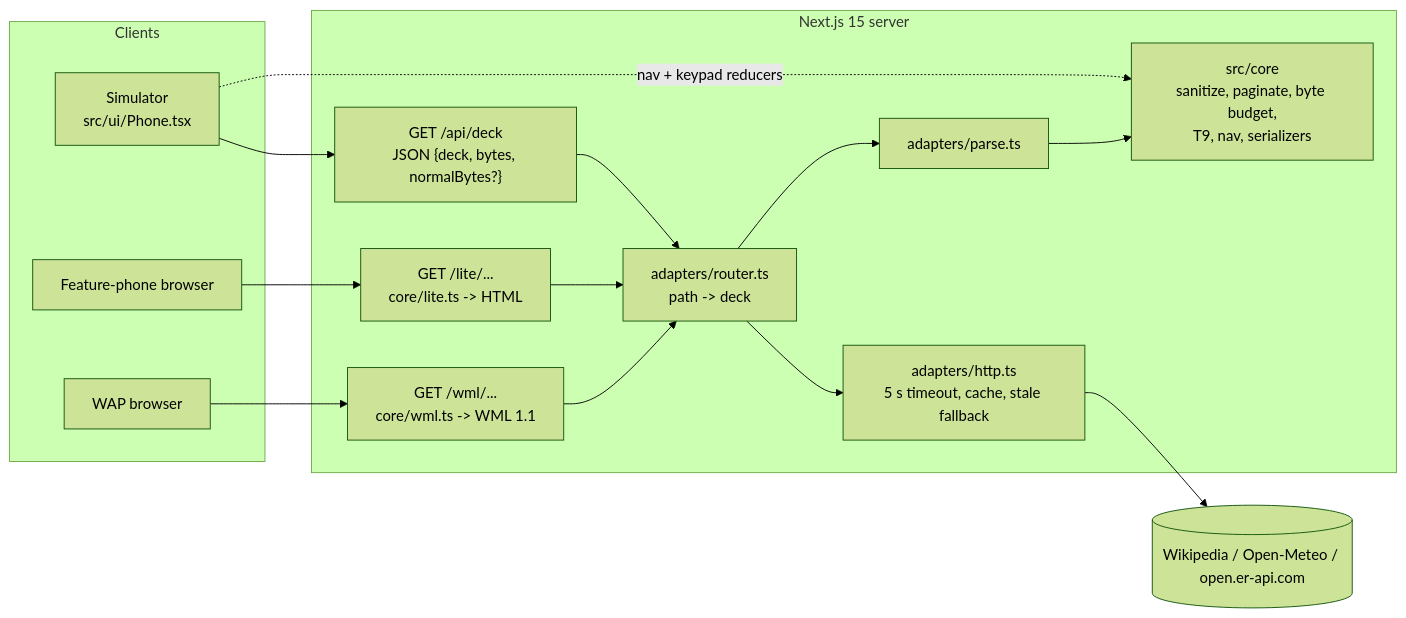
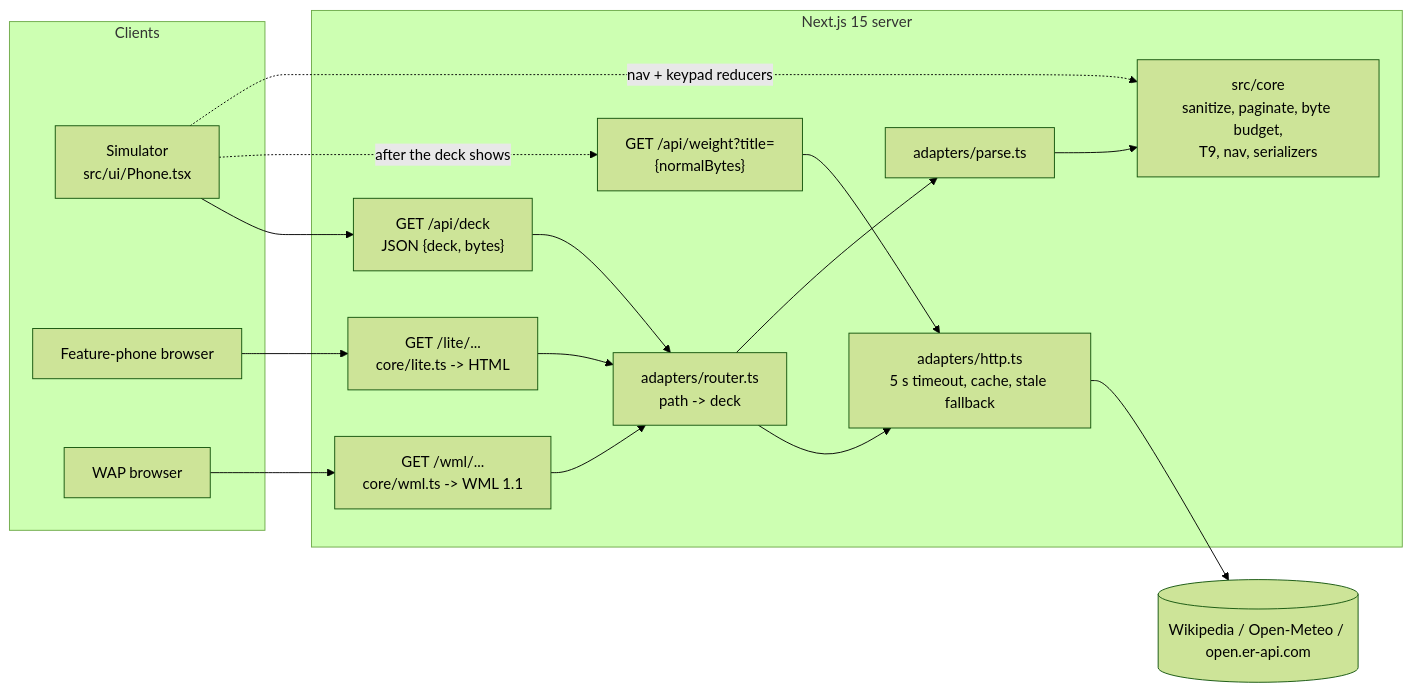
Before and after one commit to kida256-glitch/revenant: the diagram in README.md, drawn with Mermaid (forest theme). The commit also changed other lines of this file and 12 other files, not shown here.

Commit message:
M4: size comparison via /api/weight; percent-encode illegal URL chars

````diff
--- a/README.md
+++ b/README.md
@@ -32,25 +32,27 @@
 ```mermaid
 flowchart LR
   subgraph Clients
     Sim["Simulator<br/>src/ui/Phone.tsx"]
     Lite["Feature-phone browser"]
     WAP["WAP browser"]
   end
   subgraph Server["Next.js 15 server"]
-    API["GET /api/deck<br/>JSON {deck, bytes, normalBytes?}"]
+    API["GET /api/deck<br/>JSON {deck, bytes}"]
+    Weight["GET /api/weight?title=<br/>{normalBytes}"]
     LiteR["GET /lite/...<br/>core/lite.ts -> HTML"]
     WmlR["GET /wml/...<br/>core/wml.ts -> WML 1.1"]
     Router["adapters/router.ts<br/>path -> deck"]
     HTTP["adapters/http.ts<br/>5 s timeout, cache, stale fallback"]
     Parse["adapters/parse.ts"]
     Core["src/core<br/>sanitize, paginate, byte budget,<br/>T9, nav, serializers"]
   end
   Up[(Wikipedia / Open-Meteo / open.er-api.com)]
   Sim --> API
+  Sim -. "after the deck shows" .-> Weight --> HTTP
   Lite --> LiteR
   WAP --> WmlR
   API & LiteR & WmlR --> Router
   Router --> HTTP --> Up
   Router --> Parse --> Core
   Sim -. "nav + keypad reducers" .-> Core
 ```
````
